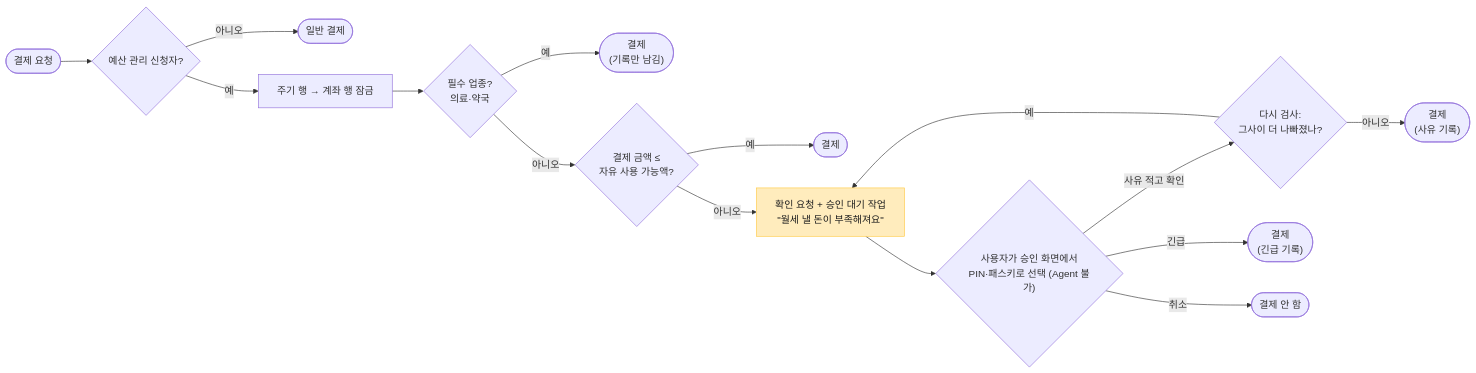
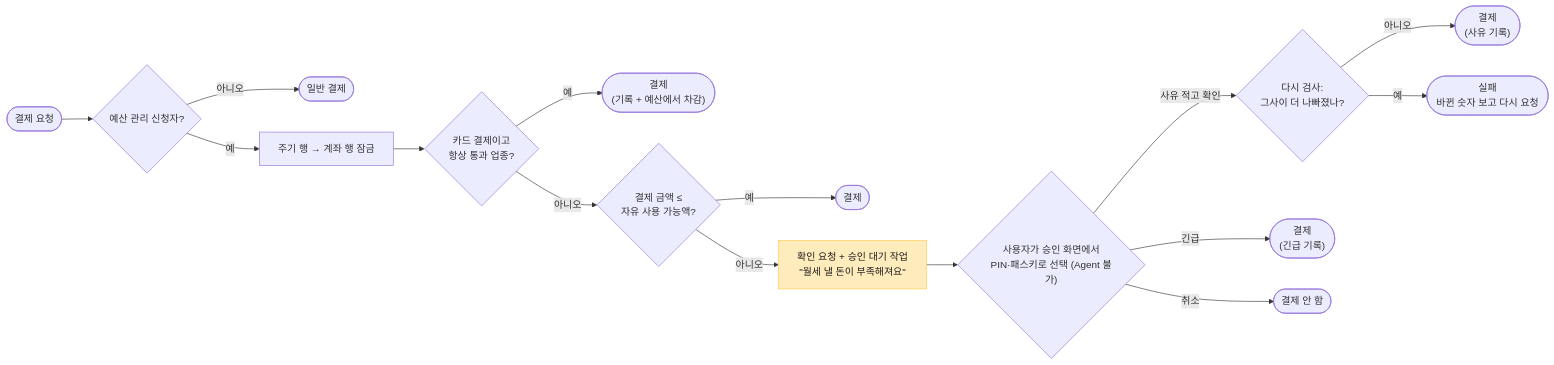
One commit to noviz-domino/avengers-bank-noviz changed the seventh of 8 diagrams in docs/planning/user-flows.md. Above: the diagram before and after it, drawn with Mermaid. The commit also changed other lines of this file and 8 other files, not shown here.

````diff
--- a/docs/planning/user-flows.md
+++ b/docs/planning/user-flows.md
@@ -105,18 +105,18 @@
 ```mermaid
 flowchart LR
     A([결제 요청]) --> B{예산 관리 신청자?}
     B -- 아니오 --> P([일반 결제])
     B -- 예 --> L["주기 행 → 계좌 행 잠금"]
-    L --> C{필수 업종?<br/>의료·약국}
-    C -- 예 --> P2(["결제<br/>(기록만 남김)"])
+    L --> C{"카드 결제이고<br/>항상 통과 업종?"}
+    C -- 예 --> P2(["결제<br/>(기록 + 예산에서 차감)"])
     C -- 아니오 --> D{"결제 금액 ≤<br/>자유 사용 가능액?"}
     D -- 예 --> P3([결제])
     D -- 아니오 --> E["확인 요청 + 승인 대기 작업<br/>#quot;월세 낼 돈이 부족해져요#quot;"]:::ask
     E --> F{"사용자가 승인 화면에서<br/>PIN·패스키로 선택 (Agent 불가)"}
     F -- 사유 적고 확인 --> R{"다시 검사:<br/>그사이 더 나빠졌나?"}
     R -- 아니오 --> P4(["결제<br/>(사유 기록)"])
-    R -- 예 --> E
+    R -- 예 --> X2(["실패<br/>바뀐 숫자 보고 다시 요청"])
     F -- 긴급 --> P5(["결제<br/>(긴급 기록)"])
     F -- 취소 --> X([결제 안 함])
     classDef ask fill:#FFECBD,stroke:#FFC943,color:#1E1E1E
 ```
````
